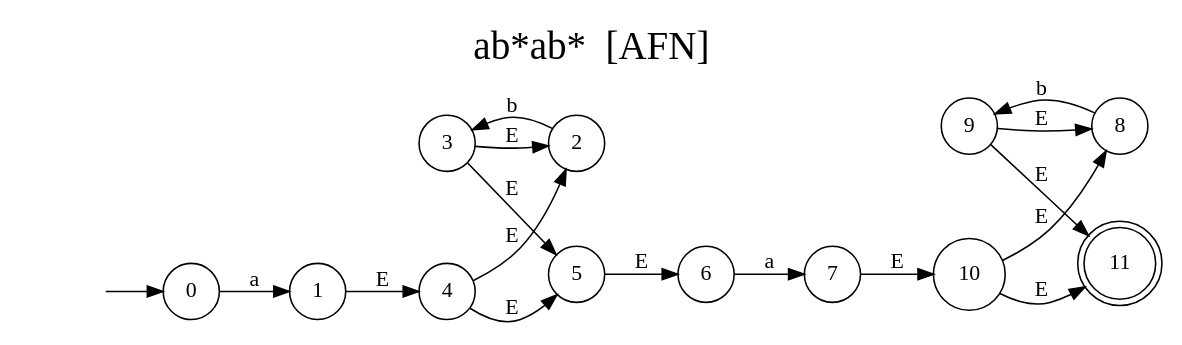
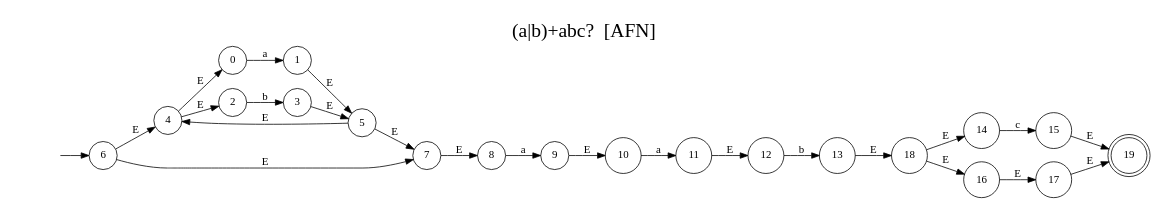
One commit to CrisLayB/ProgrammingLanguageDesign changed the diagram in docs/automataAFN.dot. Above: the diagram before and after it, drawn with Graphviz. The commit also changed 10 other files, not shown here.

```diff
--- a/docs/automataAFN.dot
+++ b/docs/automataAFN.dot
@@ -1,29 +1,37 @@
 digraph "Resultado Automata AFN" {
-	label = "ab*ab*  [AFN]"
+	label = "(a|b)+abc?  [AFN]"
 	labelloc  =  t
 	fontsize  = 25
 	rankdir=LR size="8,5"
 	node [shape=doublecircle]
-	11
+	19
 	node [shape=circle]
-	0
+	6
 	node [shape=none]
 	""
-	""-> 0 [label=""]
+	""-> 6 [label=""]
 	node [shape=circle]
 	0 -> 1[label="a"]
 	2 -> 3[label="b"]
-	3 -> 2[label="E"]
-	4 -> 5[label="E"]
+	4 -> 0[label="E"]
 	4 -> 2[label="E"]
+	1 -> 5[label="E"]
 	3 -> 5[label="E"]
-	1 -> 4[label="E"]
-	6 -> 7[label="a"]
-	5 -> 6[label="E"]
-	8 -> 9[label="b"]
-	9 -> 8[label="E"]
-	10 -> 11[label="E"]
-	10 -> 8[label="E"]
-	9 -> 11[label="E"]
-	7 -> 10[label="E"]
+	5 -> 4[label="E"]
+	6 -> 7[label="E"]
+	6 -> 4[label="E"]
+	5 -> 7[label="E"]
+	8 -> 9[label="a"]
+	7 -> 8[label="E"]
+	10 -> 11[label="a"]
+	9 -> 10[label="E"]
+	12 -> 13[label="b"]
+	11 -> 12[label="E"]
+	14 -> 15[label="c"]
+	16 -> 17[label="E"]
+	18 -> 14[label="E"]
+	18 -> 16[label="E"]
+	15 -> 19[label="E"]
+	17 -> 19[label="E"]
+	13 -> 18[label="E"]
 }
```
